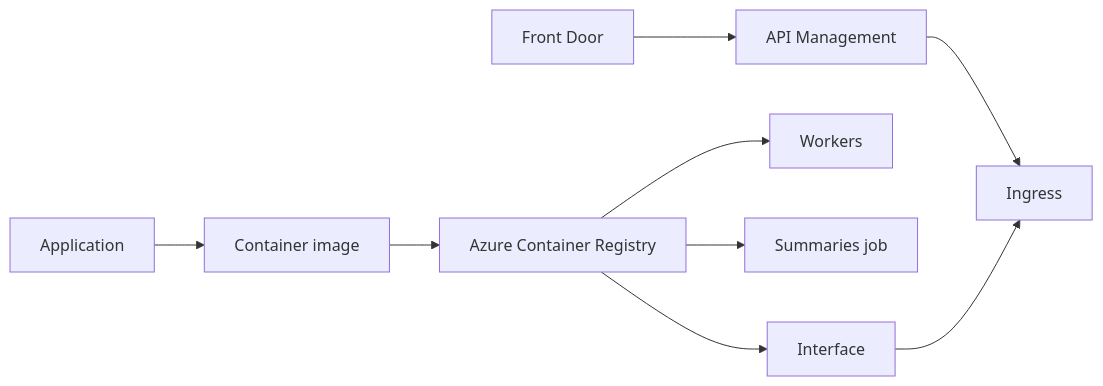
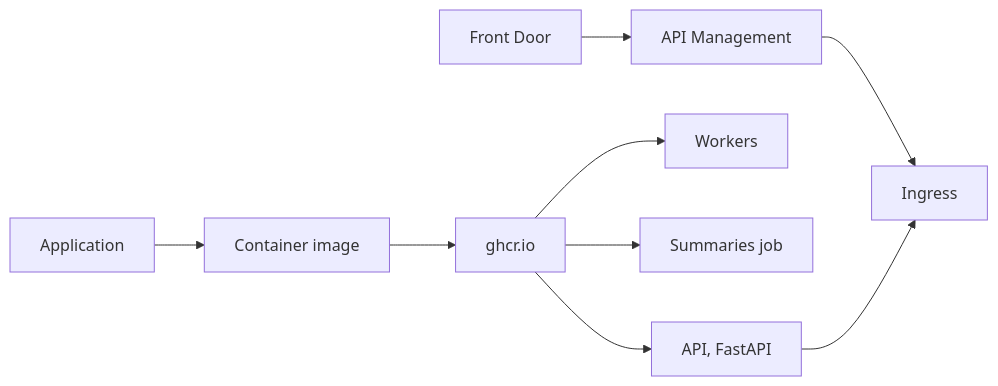
The third of 7 diagrams in docs/scaling.md (highprincezero/wn-voice-analytics), drawn with Mermaid before and after one commit. The commit also changed other lines of this file and 12 other files, not shown here.

````diff
--- a/docs/scaling.md
+++ b/docs/scaling.md
@@ -56,9 +58,9 @@
 ```mermaid
 flowchart LR
-  APP[Application] --> IMG[Container image] --> ACR[Azure Container Registry]
-  ACR --> API[Interface]
-  ACR --> WK[Workers]
-  ACR --> JOB[Summaries job]
+  APP[Application] --> IMG[Container image] --> REG[ghcr.io]
+  REG --> API[API, FastAPI]
+  REG --> WK[Workers]
+  REG --> JOB[Summaries job]
   FD[Front Door] --> APIM[API Management] --> EP[Ingress]
   API --> EP
 ```
````
